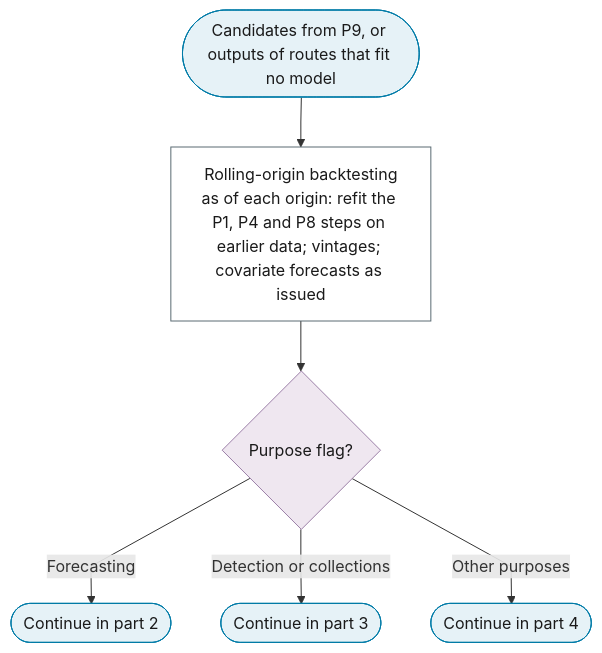
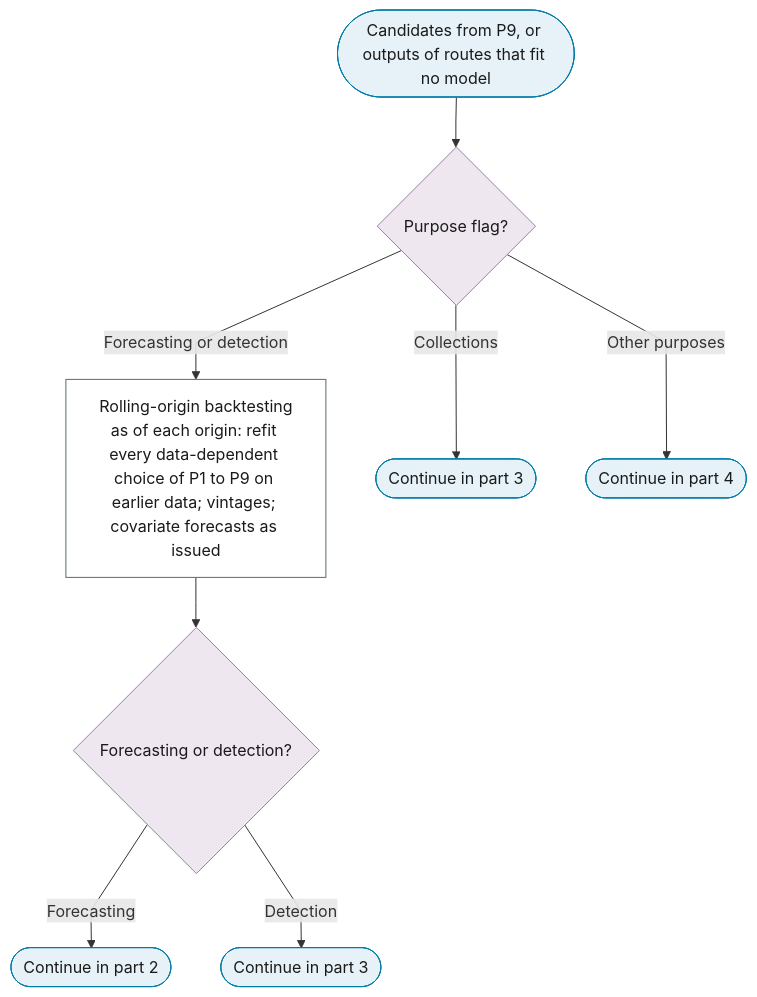
One commit to Shuxin-Y/time-series-analysis-manual changed the first of 5 diagrams in docs/01-workflow/p10-evaluation-selection.md. Above: the diagram before and after it, drawn with Mermaid. The commit also changed other lines of this file and 5 other files, not shown here.

````diff
--- a/docs/01-workflow/p10-evaluation-selection.md
+++ b/docs/01-workflow/p10-evaluation-selection.md
@@ -11,20 +11,22 @@
 ```mermaid
 %%{init: {"flowchart": {"curve": "linear"}}}%%
 graph TD
-    P10_IN(["Candidates from P9, or outputs of routes that fit no model"]) --> P10_ROLLING_ORIGIN["Rolling-origin backtesting<br/>as of each origin: refit the P1, P4 and P8 steps on earlier data; vintages; covariate forecasts as issued"]
-    P10_ROLLING_ORIGIN --> P10_PURPOSE{"Purpose flag?"}
-    P10_PURPOSE -->|"Forecasting"| P10_TO_PART_2(["Continue in part 2"])
-    P10_PURPOSE -->|"Detection or collections"| P10_TO_PART_3(["Continue in part 3"])
+    P10_IN(["Candidates from P9, or outputs of routes that fit no model"]) --> P10_PURPOSE{"Purpose flag?"}
+    P10_PURPOSE -->|"Forecasting or detection"| P10_ROLLING_ORIGIN["Rolling-origin backtesting<br/>as of each origin: refit every data-dependent choice of P1 to P9 on earlier data; vintages; covariate forecasts as issued"]
+    P10_PURPOSE -->|"Collections"| P10_COLLECTIONS_TO_PART_3(["Continue in part 3"])
     P10_PURPOSE -->|"Other purposes"| P10_TO_PART_4(["Continue in part 4"])
-    class P10_IN,P10_TO_PART_2,P10_TO_PART_3,P10_TO_PART_4 terminator
-    class P10_PURPOSE decision
+    P10_ROLLING_ORIGIN --> P10_TIME_PURPOSE{"Forecasting or detection?"}
+    P10_TIME_PURPOSE -->|"Forecasting"| P10_TO_PART_2(["Continue in part 2"])
+    P10_TIME_PURPOSE -->|"Detection"| P10_TO_PART_3(["Continue in part 3"])
+    class P10_IN,P10_TO_PART_2,P10_TO_PART_3,P10_COLLECTIONS_TO_PART_3,P10_TO_PART_4 terminator
+    class P10_PURPOSE,P10_TIME_PURPOSE decision
     class P10_ROLLING_ORIGIN process
     classDef terminator fill:#E6F2F7,stroke:#007BA7,color:#1A1A1A;
     classDef process fill:#FFFFFF,stroke:#5A6B73,color:#1A1A1A;
     classDef decision fill:#EFE7F0,stroke:#9B7FA7,color:#1A1A1A;
     classDef data fill:#FFF4E0,stroke:#C9A55E,color:#1A1A1A;
     classDef good fill:#DCEFD8,stroke:#4A7A3F,color:#1A1A1A;
     classDef escalate fill:#FFE9C2,stroke:#C9A55E,color:#1A1A1A;
     classDef problem fill:#F2D9DE,stroke:#800020,color:#1A1A1A;
     classDef ref fill:#F7F7F7,stroke:#5A6B73,color:#1A1A1A,stroke-dasharray:4 3;
 ```
````
